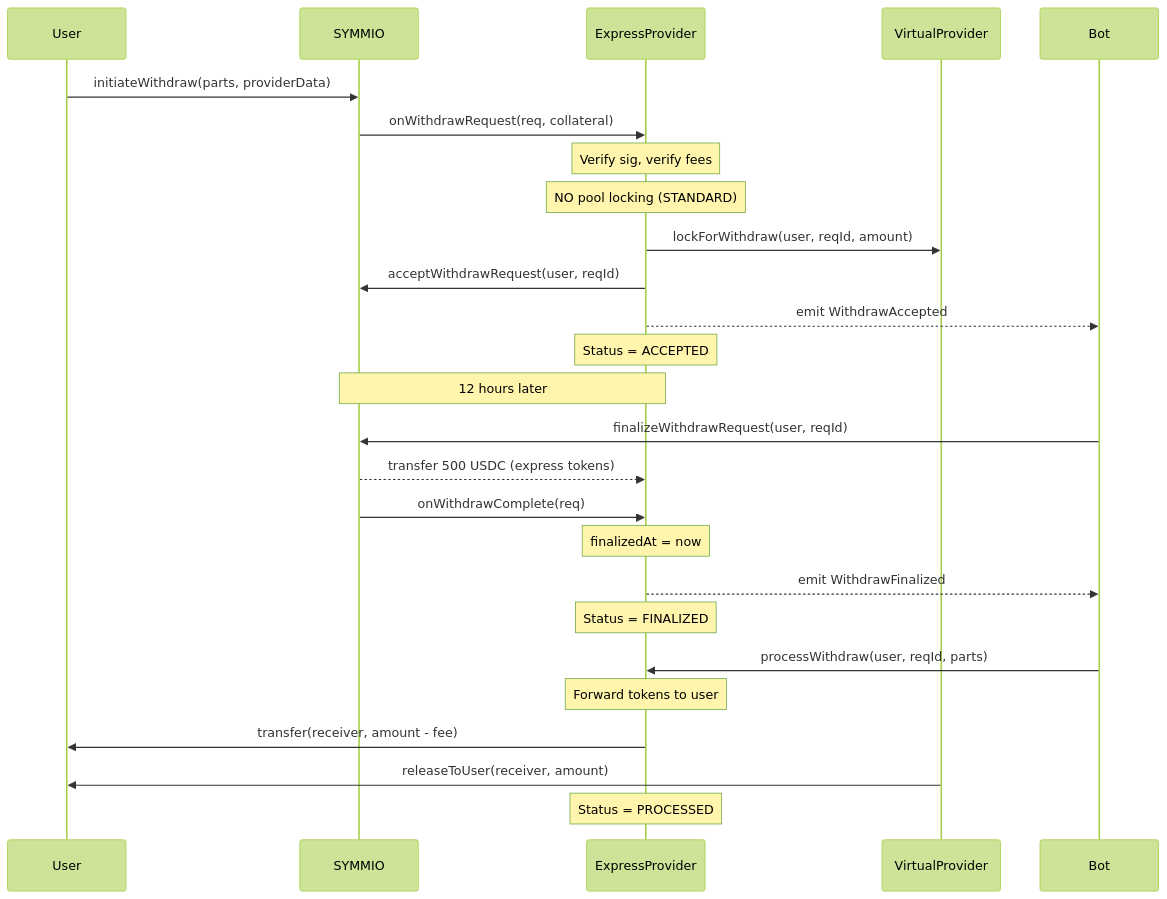
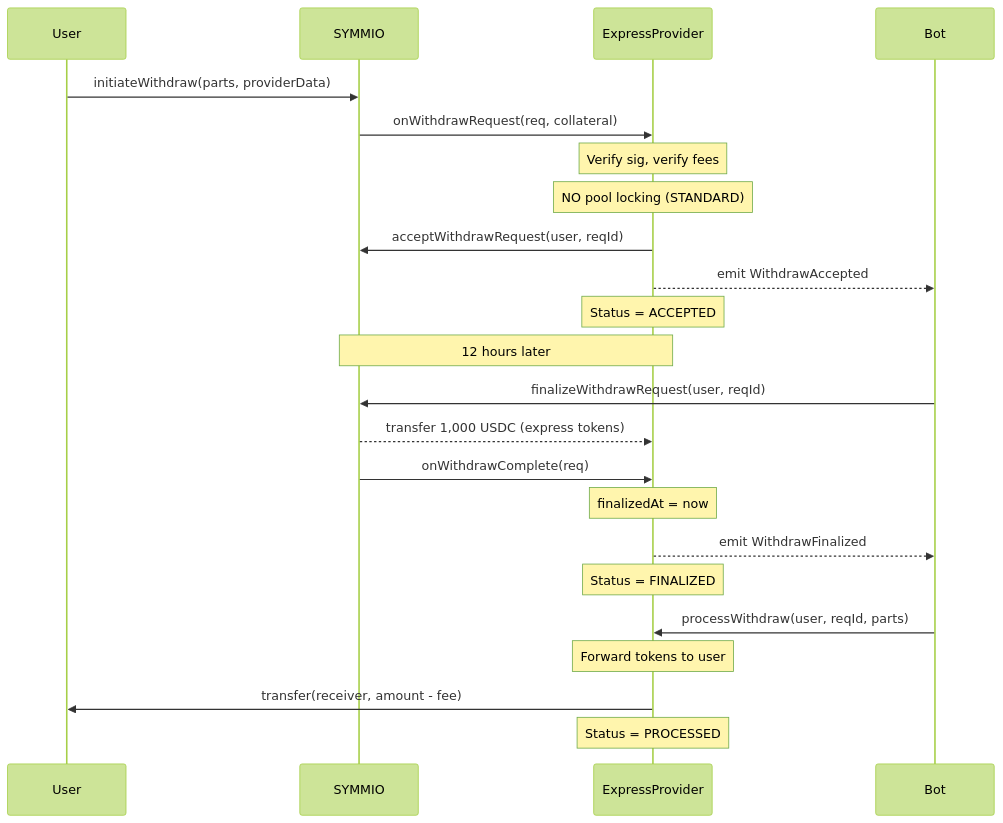
The seventh of 33 diagrams in docs/v0.8.6/express-bot-operations-checklist.md (SYMM-IO/perps-core), drawn with Mermaid (forest theme) before and after one commit. The commit also changed other lines of this file and 9 other files, not shown here.

Commit message:
docs: replace VirtualProvider with Credit Line system in express provider docs

````diff
--- a/docs/v0.8.6/express-bot-operations-checklist.md
+++ b/docs/v0.8.6/express-bot-operations-checklist.md
@@ -874,31 +863,28 @@
 ```mermaid
 sequenceDiagram
     participant U as User
     participant S as SYMMIO
     participant EP as ExpressProvider
-    participant VP as VirtualProvider
     participant Bot as Bot
 
     U->>S: initiateWithdraw(parts, providerData)
     S->>EP: onWithdrawRequest(req, collateral)
     Note over EP: Verify sig, verify fees
     Note over EP: NO pool locking (STANDARD)
-    EP->>VP: lockForWithdraw(user, reqId, amount)
     EP->>S: acceptWithdrawRequest(user, reqId)
     EP-->>Bot: emit WithdrawAccepted
     Note over EP: Status = ACCEPTED
 
     Note over EP,S: 12 hours later
     Bot->>S: finalizeWithdrawRequest(user, reqId)
-    S-->>EP: transfer 500 USDC (express tokens)
+    S-->>EP: transfer 1,000 USDC (express tokens)
     S->>EP: onWithdrawComplete(req)
     Note over EP: finalizedAt = now
     EP-->>Bot: emit WithdrawFinalized
     Note over EP: Status = FINALIZED
 
     Bot->>EP: processWithdraw(user, reqId, parts)
     Note over EP: Forward tokens to user
     EP->>U: transfer(receiver, amount - fee)
-    VP->>U: releaseToUser(receiver, amount)
     Note over EP: Status = PROCESSED
 ```
````
